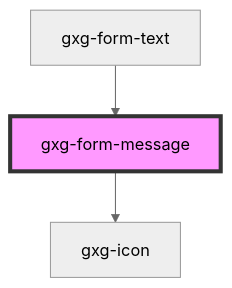
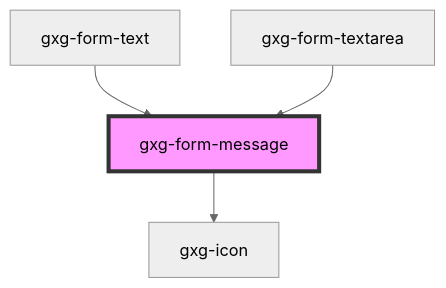
Before and after one commit to genexuslabs/gemini: the diagram in src/components/form-message/readme.md, drawn with Mermaid (neutral theme). The commit also changed other lines of this file and 13 other files, not shown here.

````diff
--- a/src/components/form-message/readme.md
+++ b/src/components/form-message/readme.md
@@ -58,6 +59,7 @@
 ```mermaid
 graph TD;
   gxg-form-message --> gxg-icon
   gxg-form-text --> gxg-form-message
+  gxg-form-textarea --> gxg-form-message
   style gxg-form-message fill:#f9f,stroke:#333,stroke-width:4px
 ```
````
